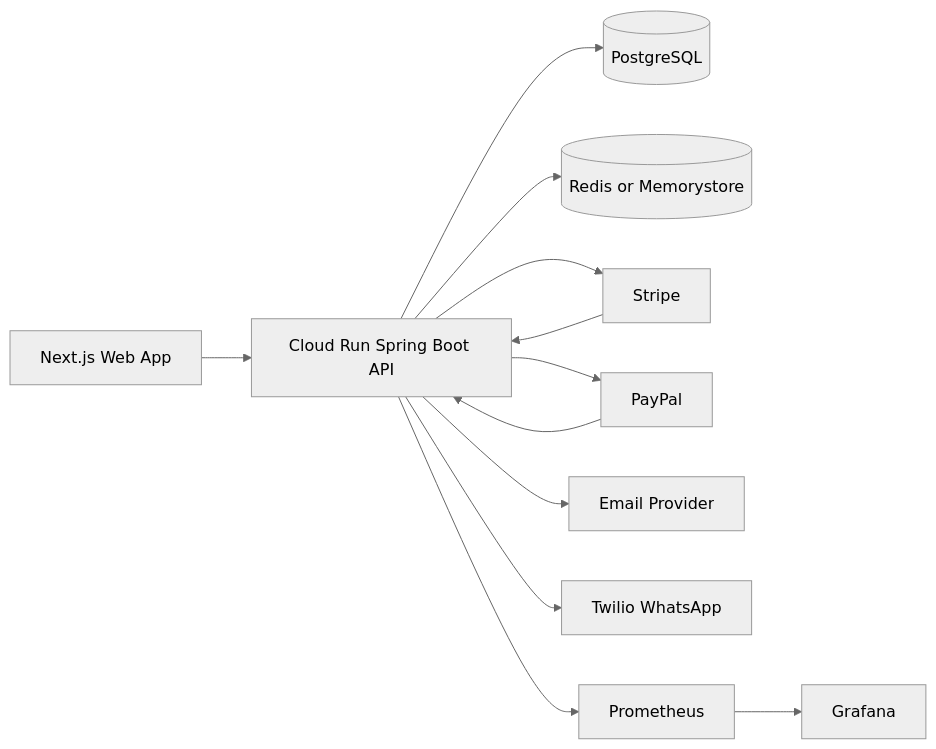
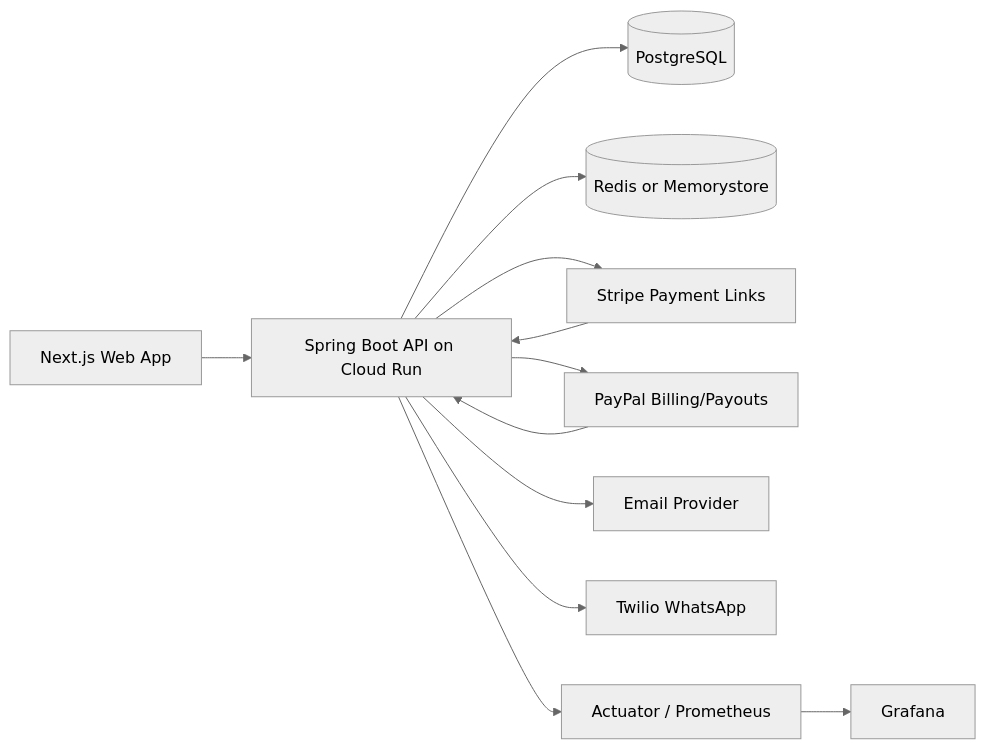
The first of 4 diagrams in README.md (leonard1thecoder/king-sparkon-tracker-backend), drawn with Mermaid (neutral theme) before and after one commit. The commit also changed other lines of this file, not shown here.

````diff
--- a/README.md
+++ b/README.md
@@ -28,14 +25,14 @@
 ```mermaid
 flowchart LR
-    UI[Next.js Web App] --> API[Cloud Run Spring Boot API]
+    UI[Next.js Web App] --> API[Spring Boot API on Cloud Run]
     API --> DB[(PostgreSQL)]
     API --> REDIS[(Redis or Memorystore)]
-    API --> STRIPE[Stripe]
-    API --> PAYPAL[PayPal]
+    API --> STRIPE[Stripe Payment Links]
+    API --> PAYPAL[PayPal Billing/Payouts]
     API --> SMTP[Email Provider]
     API --> TWILIO[Twilio WhatsApp]
+    API --> PROM[Actuator / Prometheus]
+    PROM --> GRAFANA[Grafana]
     STRIPE --> API
     PAYPAL --> API
-    API --> PROM[Prometheus]
-    PROM --> GRAFANA[Grafana]
 ```
````
